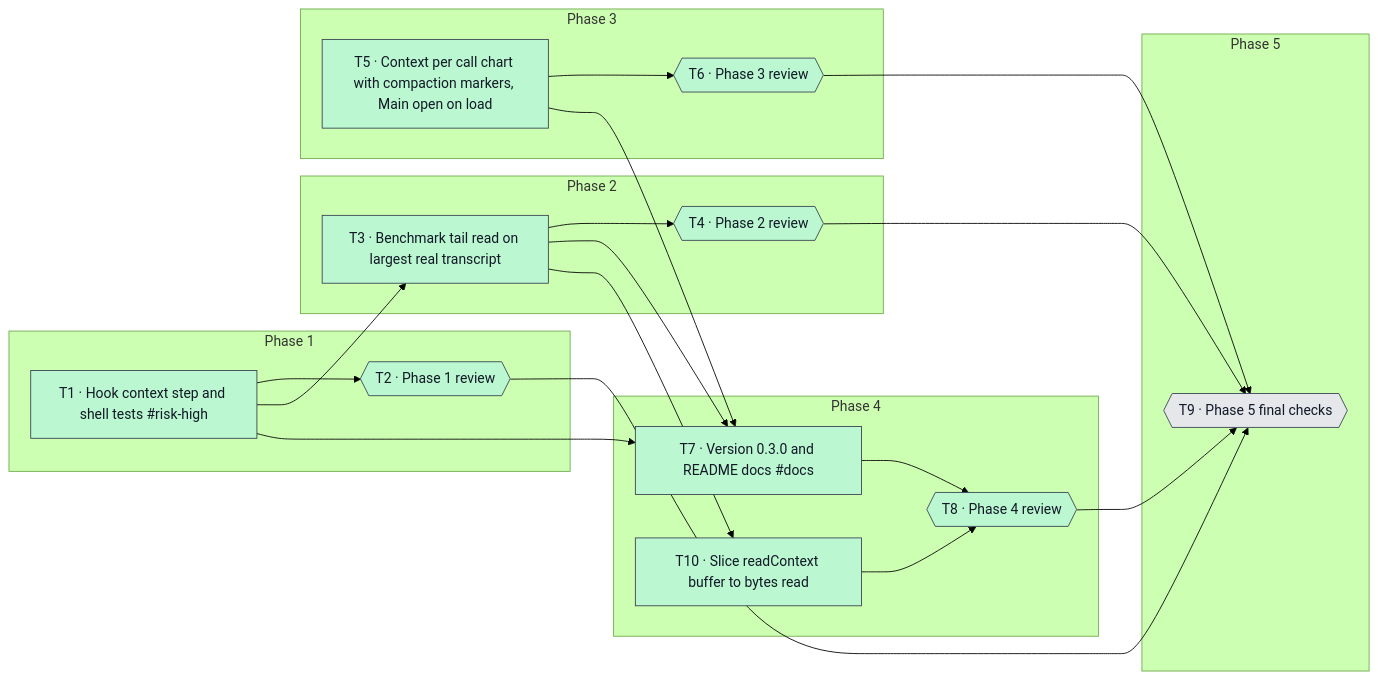
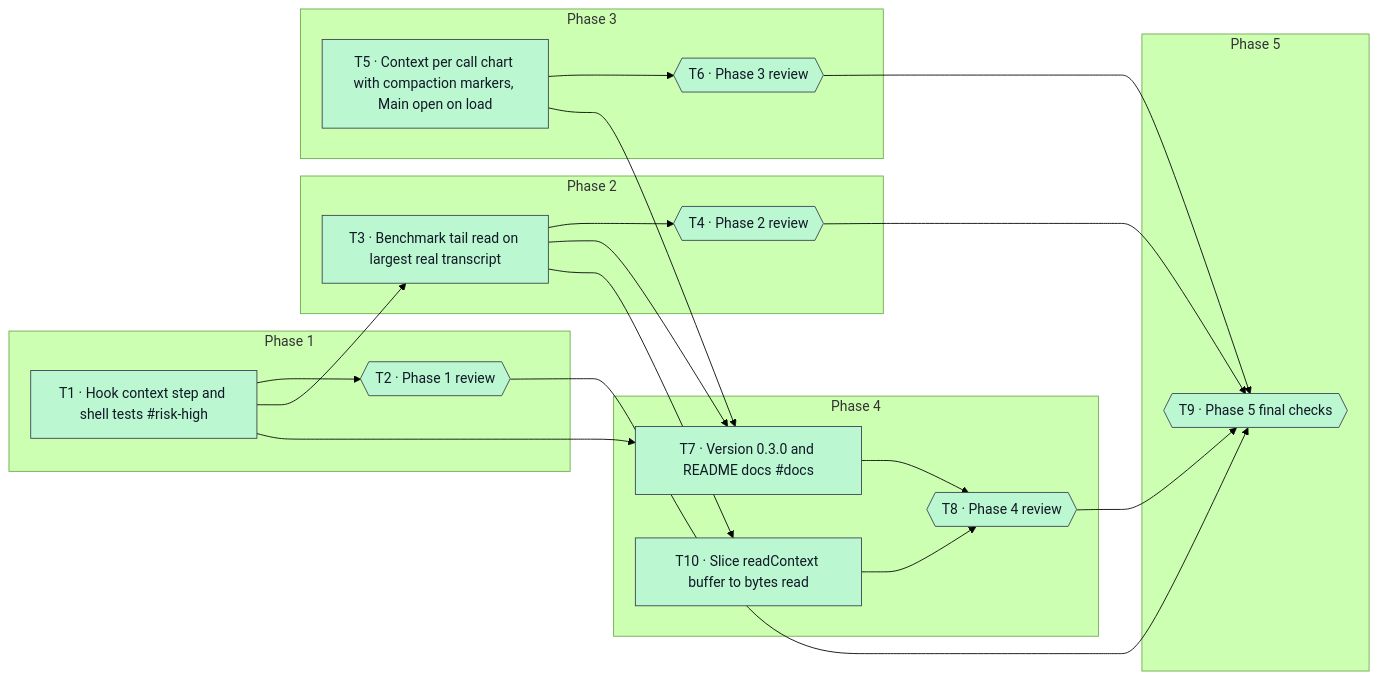
One commit to raqs31/claude-wal-session-viewer changed the diagram in .ai/changes/current-context-monitoring-with-compaction/graph.mmd. Above: the diagram before and after it, drawn with Mermaid (forest theme). The commit also changed 6 other files, not shown here.

```diff
--- a/.ai/changes/current-context-monitoring-with-compaction/graph.mmd
+++ b/.ai/changes/current-context-monitoring-with-compaction/graph.mmd
@@ -1,52 +1,52 @@
 flowchart LR
   classDef todo fill:#e5e7eb,stroke:#374151,color:#111827
   classDef in_progress fill:#bfdbfe,stroke:#374151,color:#111827
   classDef review fill:#ddd6fe,stroke:#374151,color:#111827
   classDef blocked fill:#fecaca,stroke:#374151,color:#111827
   classDef user_review fill:#fde68a,stroke:#374151,color:#111827
   classDef done fill:#bbf7d0,stroke:#374151,color:#111827
   classDef declined fill:#f3f4f6,stroke:#374151,color:#111827
   subgraph phase_1["Phase 1"]
     T1["T1 · Hook context step and shell tests #risk-high"]
     T2{{"T2 · Phase 1 review"}}
   end
   subgraph phase_2["Phase 2"]
     T3["T3 · Benchmark tail read on largest real transcript"]
     T4{{"T4 · Phase 2 review"}}
   end
   subgraph phase_3["Phase 3"]
     T5["T5 · Context per call chart with compaction markers, Main open on load"]
     T6{{"T6 · Phase 3 review"}}
   end
   subgraph phase_4["Phase 4"]
     T7["T7 · Version 0.3.0 and README docs #docs"]
     T8{{"T8 · Phase 4 review"}}
     T10["T10 · Slice readContext buffer to bytes read"]
   end
   subgraph phase_5["Phase 5"]
     T9{{"T9 · Phase 5 final checks"}}
   end
   T1 --> T2
   T1 --> T3
   T1 --> T7
   T2 --> T9
   T3 --> T4
   T3 --> T7
   T3 --> T10
   T4 --> T9
   T5 --> T6
   T5 --> T7
   T6 --> T9
   T7 --> T8
   T8 --> T9
   T10 --> T8
   class T1 done
   class T2 done
   class T3 done
   class T4 done
   class T5 done
   class T6 done
   class T7 done
   class T8 done
-  class T9 todo
+  class T9 done
   class T10 done
```
